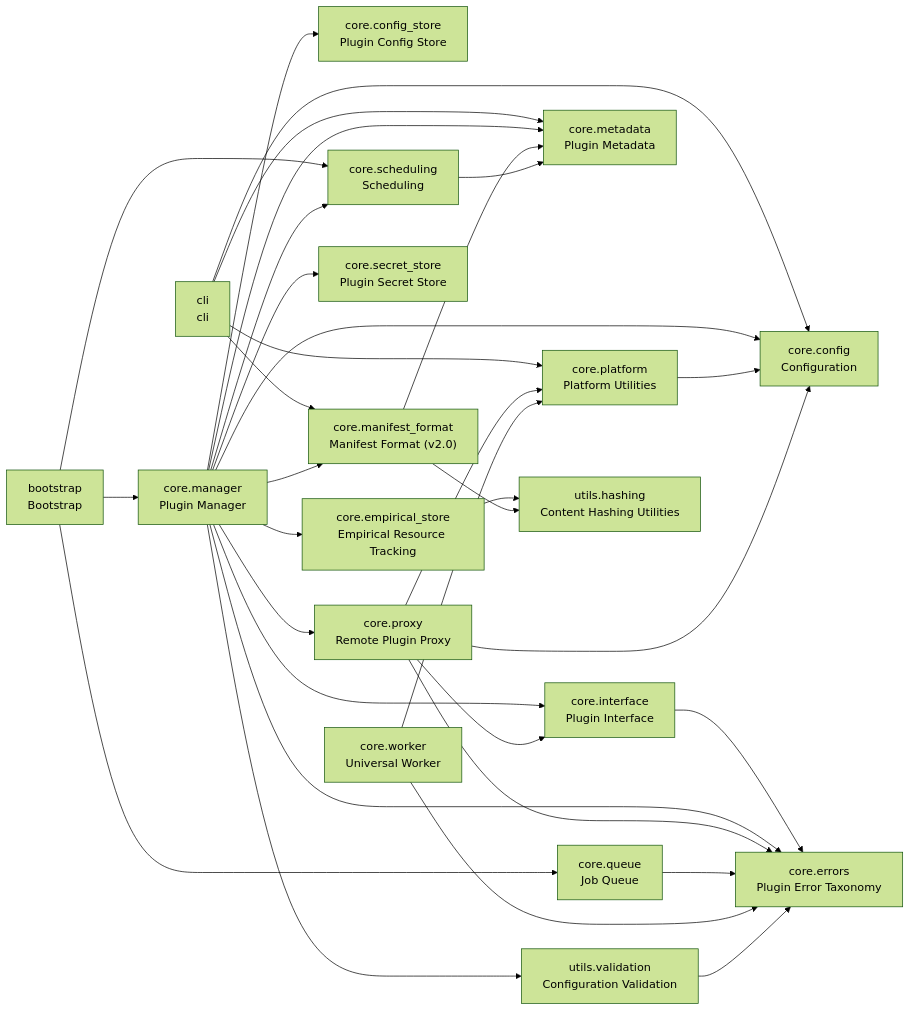
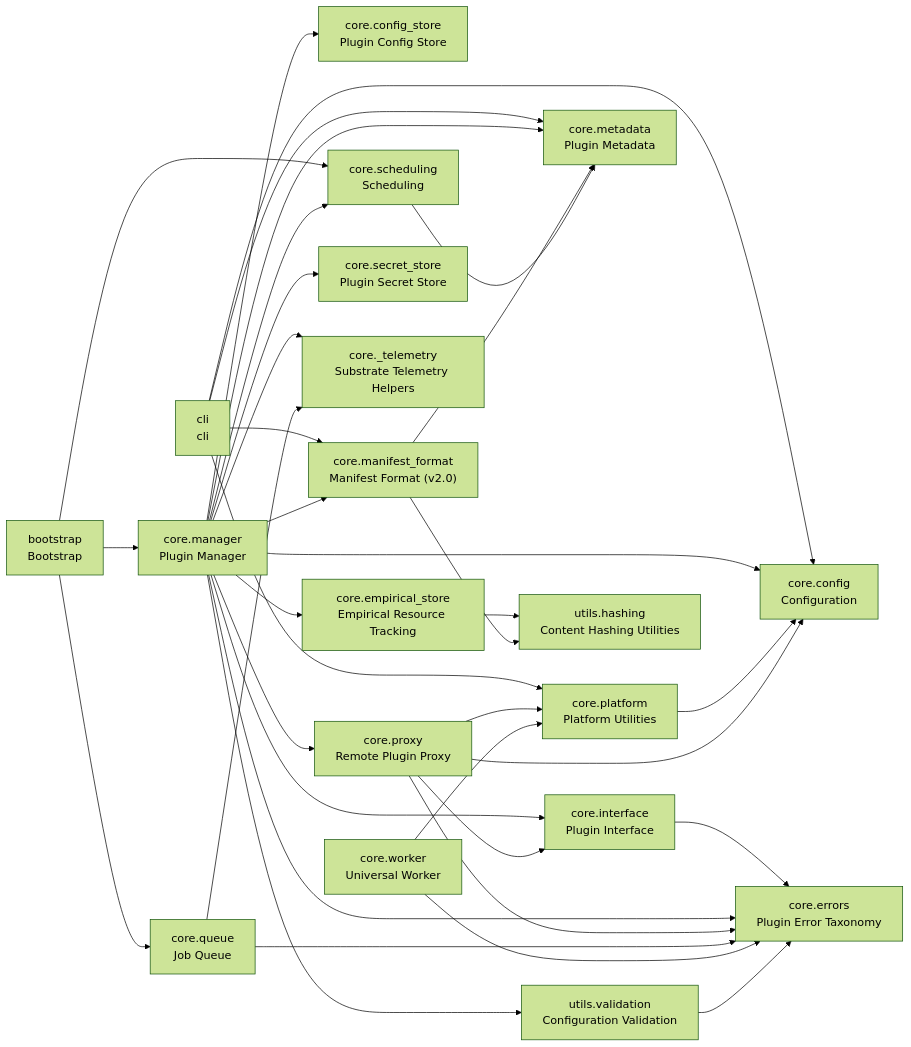
Before and after one commit to cj-mills/cjm-plugin-system: the diagram in README.md, drawn with Mermaid (forest theme). The commit also changed other lines of this file and 10 other files, not shown here.

First line of the commit message:
Substrate telemetry: GPU subtree attribution + worker /stats subtree_pids + CPU% aggregation

````diff
--- a/README.md
+++ b/README.md
@@ -40,54 +41,57 @@
 ``` mermaid
 graph LR
     bootstrap["bootstrap<br/>Bootstrap"]
     cli["cli<br/>cli"]
     core_config["core.config<br/>Configuration"]
     core_config_store["core.config_store<br/>Plugin Config Store"]
     core_empirical_store["core.empirical_store<br/>Empirical Resource Tracking"]
     core_errors["core.errors<br/>Plugin Error Taxonomy"]
     core_interface["core.interface<br/>Plugin Interface"]
     core_manager["core.manager<br/>Plugin Manager"]
     core_manifest_format["core.manifest_format<br/>Manifest Format (v2.0)"]
     core_metadata["core.metadata<br/>Plugin Metadata"]
     core_platform["core.platform<br/>Platform Utilities"]
     core_proxy["core.proxy<br/>Remote Plugin Proxy"]
     core_queue["core.queue<br/>Job Queue"]
     core_scheduling["core.scheduling<br/>Scheduling"]
     core_secret_store["core.secret_store<br/>Plugin Secret Store"]
+    core__telemetry["core._telemetry<br/>Substrate Telemetry Helpers"]
     core_worker["core.worker<br/>Universal Worker"]
     utils_hashing["utils.hashing<br/>Content Hashing Utilities"]
     utils_validation["utils.validation<br/>Configuration Validation"]
 
     bootstrap --> core_manager
     bootstrap --> core_queue
     bootstrap --> core_scheduling
     cli --> core_manifest_format
     cli --> core_platform
+    cli --> core_config
     cli --> core_metadata
-    cli --> core_config
     core_empirical_store --> utils_hashing
     core_interface --> core_errors
+    core_manager --> core_manifest_format
+    core_manager --> core_config_store
+    core_manager --> core_empirical_store
+    core_manager --> core_config
+    core_manager --> core_metadata
+    core_manager --> core__telemetry
     core_manager --> core_secret_store
-    core_manager --> core_metadata
-    core_manager --> core_empirical_store
+    core_manager --> core_errors
     core_manager --> core_interface
-    core_manager --> core_manifest_format
-    core_manager --> core_errors
+    core_manager --> core_scheduling
+    core_manager --> core_proxy
     core_manager --> utils_validation
-    core_manager --> core_config_store
-    core_manager --> core_proxy
-    core_manager --> core_config
-    core_manager --> core_scheduling
+    core_manifest_format --> utils_hashing
     core_manifest_format --> core_metadata
-    core_manifest_format --> utils_hashing
     core_platform --> core_config
+    core_proxy --> core_config
+    core_proxy --> core_platform
     core_proxy --> core_errors
     core_proxy --> core_interface
-    core_proxy --> core_platform
-    core_proxy --> core_config
     core_queue --> core_errors
+    core_queue --> core__telemetry
     core_scheduling --> core_metadata
+    core_worker --> core_platform
     core_worker --> core_errors
-    core_worker --> core_platform
     utils_validation --> core_errors
 ```
````
